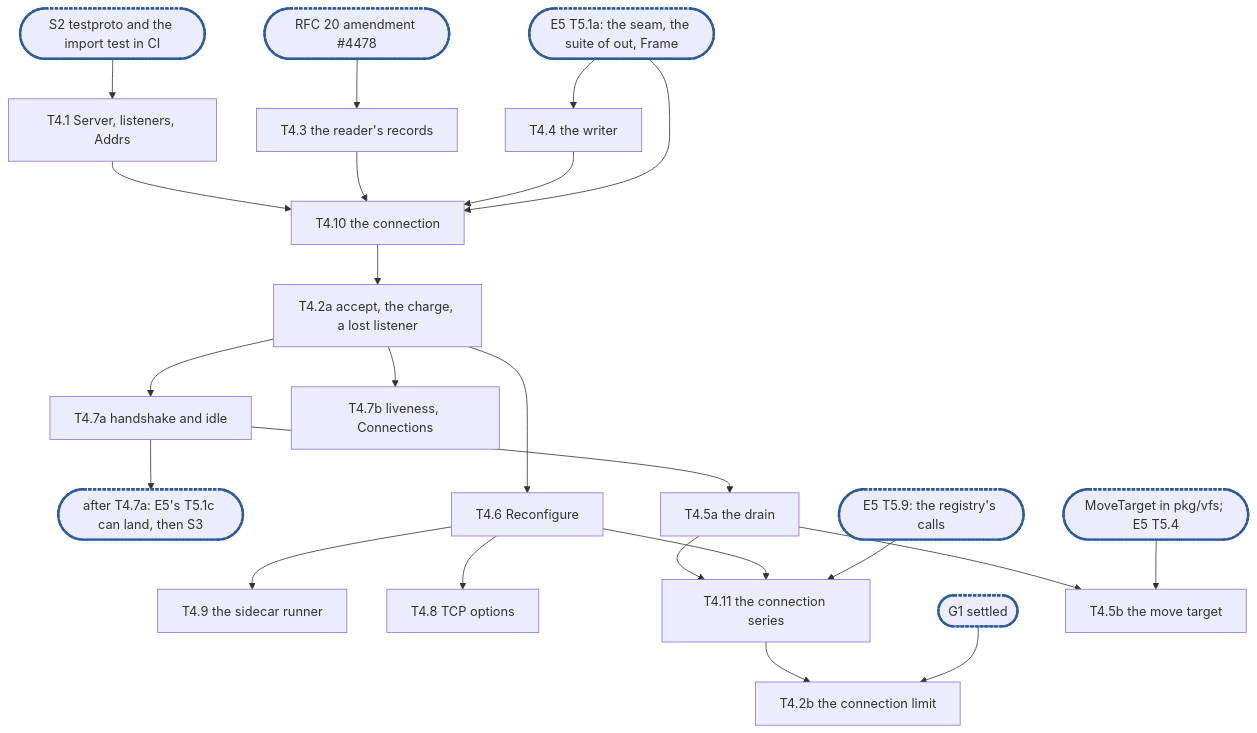
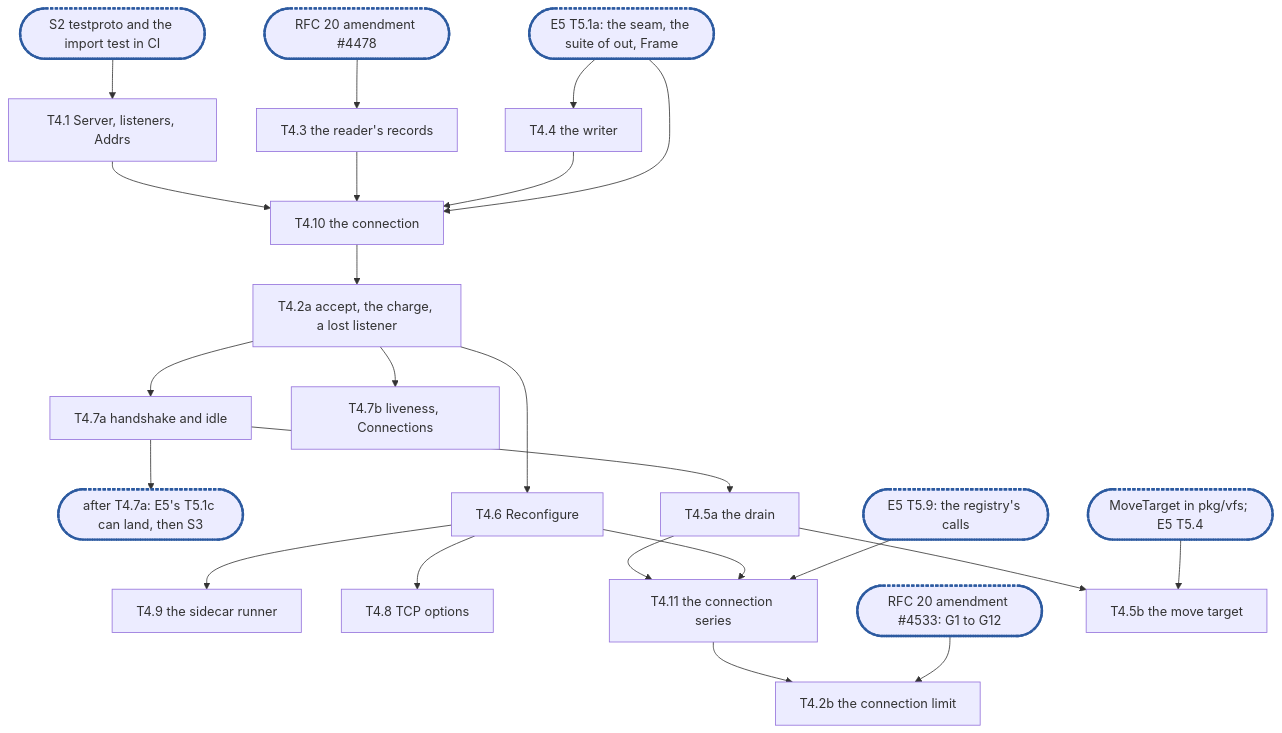
Before and after one commit to cubbit/dittofs: the diagram in docs/internals/planning/rfc-20-adapters-epic4.md, drawn with Mermaid. The commit also changed other lines of this file and 3 other files, not shown here.

````diff
--- a/docs/internals/planning/rfc-20-adapters-epic4.md
+++ b/docs/internals/planning/rfc-20-adapters-epic4.md
@@ -824,26 +840,26 @@
 ```mermaid
 flowchart TD
   S2(["S2 testproto and the import test in CI"]):::sync --> T4_1["T4.1 Server, listeners, Addrs"]
   A(["RFC 20 amendment #4478"]):::sync --> T4_3["T4.3 the reader's records"]
   T5_1a(["E5 T5.1a: the seam, the suite of out, Frame"]):::sync --> T4_4["T4.4 the writer"]
   T4_1 --> T4_10["T4.10 the connection"]
   T4_3 --> T4_10
   T4_4 --> T4_10
   T5_1a --> T4_10
   T4_10 --> T4_2a["T4.2a accept, the charge, a lost listener"]
   T4_2a --> T4_7a["T4.7a handshake and idle"]
   T4_7a --> C1(["after T4.7a: E5's T5.1c can land, then S3"]):::sync
   T4_7a --> T4_5a["T4.5a the drain"]
   T4_2a --> T4_6["T4.6 Reconfigure"]
   T4_2a --> T4_7b["T4.7b liveness, Connections"]
   T4_6 --> T4_9["T4.9 the sidecar runner"]
   T4_6 --> T4_8["T4.8 TCP options"]
   T4_5a --> T4_11["T4.11 the connection series"]
   T4_6 --> T4_11
   T5_9(["E5 T5.9: the registry's calls"]):::sync --> T4_11
   T4_11 --> T4_2b["T4.2b the connection limit"]
-  G1(["G1 settled"]):::sync --> T4_2b
+  G1(["RFC 20 amendment #4533: G1 to G12"]):::sync --> T4_2b
   T4_5a --> T4_5b["T4.5b the move target"]
   MT(["MoveTarget in pkg/vfs; E5 T5.4"]):::sync --> T4_5b
   classDef sync stroke:#2c5aa0,stroke-width:3px,stroke-dasharray:4 2
 ```
````
